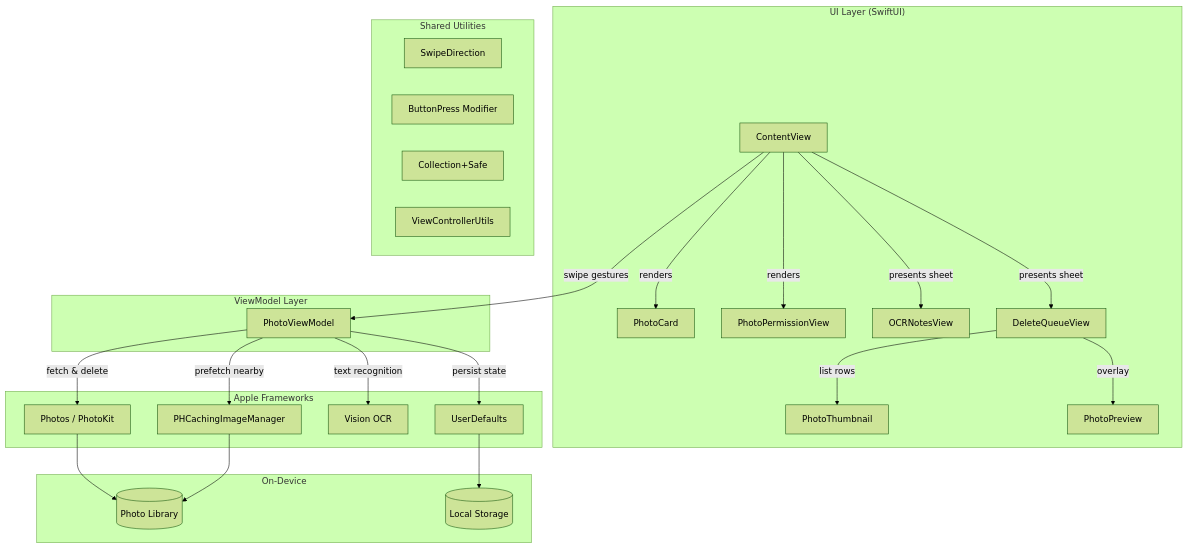
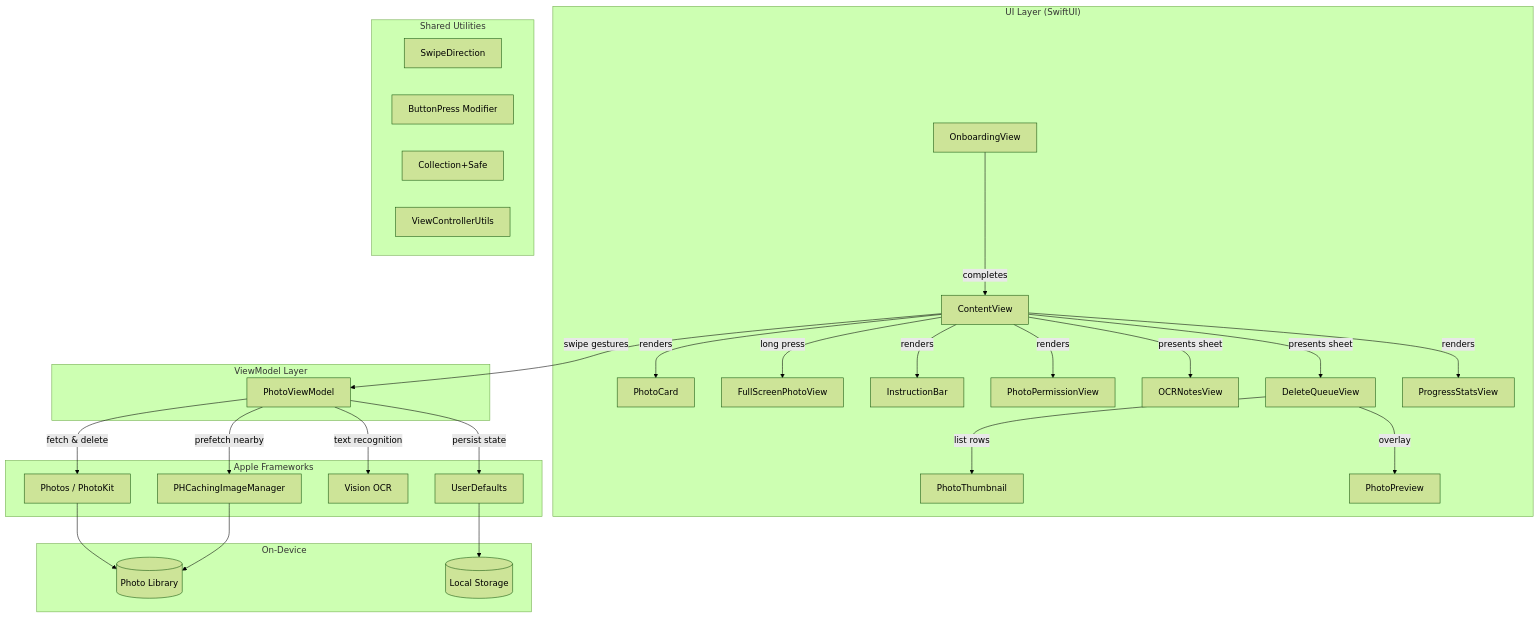
The diagram in public/data/portfolio/PixScan/architecture.md (Technical-1/All-About-Me), drawn with Mermaid (forest theme) before and after one commit. The commit also changed other lines of this file and 10 other files, not shown here.

````diff
--- a/public/data/portfolio/PixScan/architecture.md
+++ b/public/data/portfolio/PixScan/architecture.md
@@ -5,52 +5,60 @@
 ```mermaid
 flowchart TD
     subgraph UI["UI Layer (SwiftUI)"]
+        OB[OnboardingView]
         CV[ContentView]
         PC[PhotoCard]
+        FSPV[FullScreenPhotoView]
+        IB[InstructionBar]
         PPV[PhotoPermissionView]
         OCR_V[OCRNotesView]
         DQ_V[DeleteQueueView]
         PT[PhotoThumbnail]
         PP[PhotoPreview]
+        PSV[ProgressStatsView]
     end
 
     subgraph Shared["Shared Utilities"]
         SD[SwipeDirection]
         BP[ButtonPress Modifier]
         CS[Collection+Safe]
         VCU[ViewControllerUtils]
     end
 
     subgraph VM["ViewModel Layer"]
         PVM[PhotoViewModel]
     end
 
     subgraph Services["Apple Frameworks"]
         PHLib[Photos / PhotoKit]
         PHCache[PHCachingImageManager]
         Vision[Vision OCR]
         UD[UserDefaults]
     end
 
     subgraph Device["On-Device"]
         PhotoLib[(Photo Library)]
         Storage[(Local Storage)]
     end
 
+    OB -->|completes| CV
     CV -->|swipe gestures| PVM
     CV -->|renders| PC
+    CV -->|renders| IB
+    CV -->|long press| FSPV
     CV -->|renders| PPV
     CV -->|presents sheet| OCR_V
+    CV -->|renders| PSV
     CV -->|presents sheet| DQ_V
     DQ_V -->|list rows| PT
     DQ_V -->|overlay| PP
 
     PVM -->|fetch & delete| PHLib
     PVM -->|prefetch nearby| PHCache
     PVM -->|text recognition| Vision
     PVM -->|persist state| UD
 
     PHLib --> PhotoLib
     PHCache --> PhotoLib
     UD --> Storage
 ```
````
